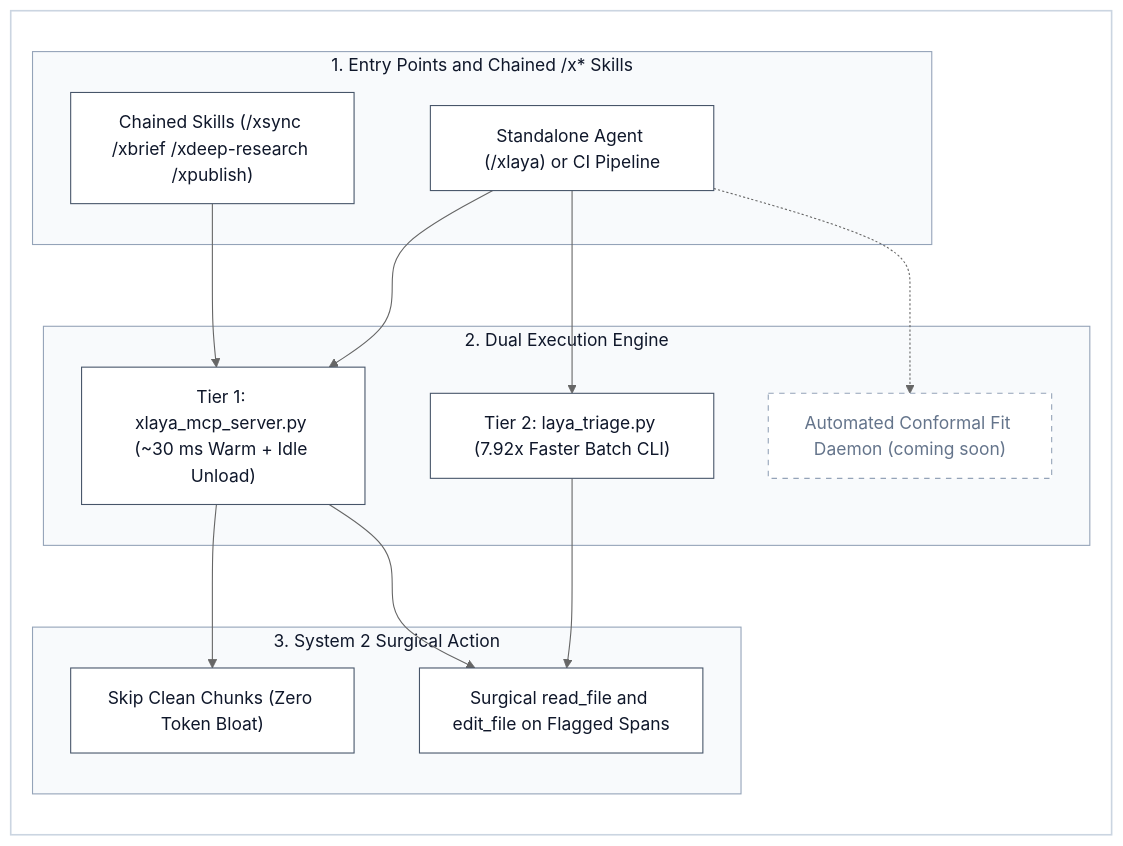
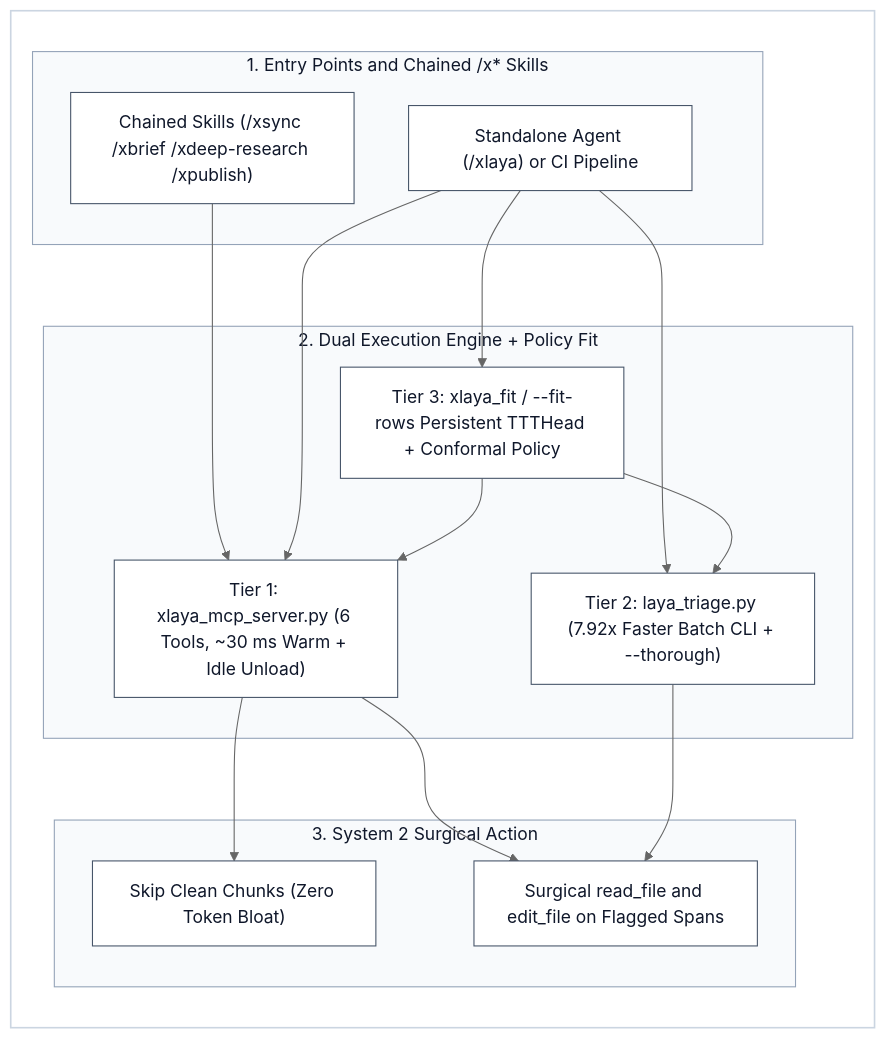
The second of 2 diagrams in README.md (iscvlab/xlaya), drawn with Mermaid before and after one commit. The commit also changed other lines of this file and 10 other files, not shown here.

Commit message:
feat(xlaya): release v2.1.0 ensemble jury, multi-view conformal debiasing, 4-facet thorough scan & persistent TTT policy

````diff
--- a/README.md
+++ b/README.md
@@ -78,35 +78,36 @@
 ```mermaid
 %%{init: {'theme': 'neutral'}}%%
 flowchart LR
     subgraph Canvas [" "]
         subgraph Hosts ["1. Entry Points and Chained /x* Skills"]
             Chain["Chained Skills (/xsync /xbrief /xdeep-research /xpublish)"]
             Direct["Standalone Agent (/xlaya) or CI Pipeline"]
         end
 
-        subgraph Paths ["2. Dual Execution Engine"]
-            MCP["Tier 1: xlaya_mcp_server.py (~30 ms Warm + Idle Unload)"]
-            CLI["Tier 2: laya_triage.py (7.92x Faster Batch CLI)"]
-            Fit["Automated Conformal Fit Daemon (coming soon)"]
+        subgraph Paths ["2. Dual Execution Engine + Policy Fit"]
+            MCP["Tier 1: xlaya_mcp_server.py (6 Tools, ~30 ms Warm + Idle Unload)"]
+            CLI["Tier 2: laya_triage.py (7.92x Faster Batch CLI + --thorough)"]
+            Fit["Tier 3: xlaya_fit / --fit-rows Persistent TTTHead + Conformal Policy"]
         end
 
         subgraph Actions ["3. System 2 Surgical Action"]
             Skip["Skip Clean Chunks (Zero Token Bloat)"]
             Edit["Surgical read_file and edit_file on Flagged Spans"]
         end
 
         Chain --> MCP
         Direct --> MCP
         Direct --> CLI
-        Direct -.-> Fit
+        Direct --> Fit
+        Fit --> MCP
+        Fit --> CLI
         MCP --> Skip
         MCP --> Edit
         CLI --> Edit
     end
     classDef default fill:#ffffff,stroke:#475569,color:#0f172a,stroke-width:1px
     style Canvas fill:#ffffff,stroke:#cbd5e1,stroke-width:1.5px,color:#0f172a
     style Hosts fill:#f8fafc,stroke:#94a3b8,color:#0f172a
     style Paths fill:#f8fafc,stroke:#94a3b8,color:#0f172a
     style Actions fill:#f8fafc,stroke:#94a3b8,color:#0f172a
-    style Fit fill:#ffffff,stroke:#94a3b8,stroke-dasharray: 5 5,color:#64748b
 ```
````
